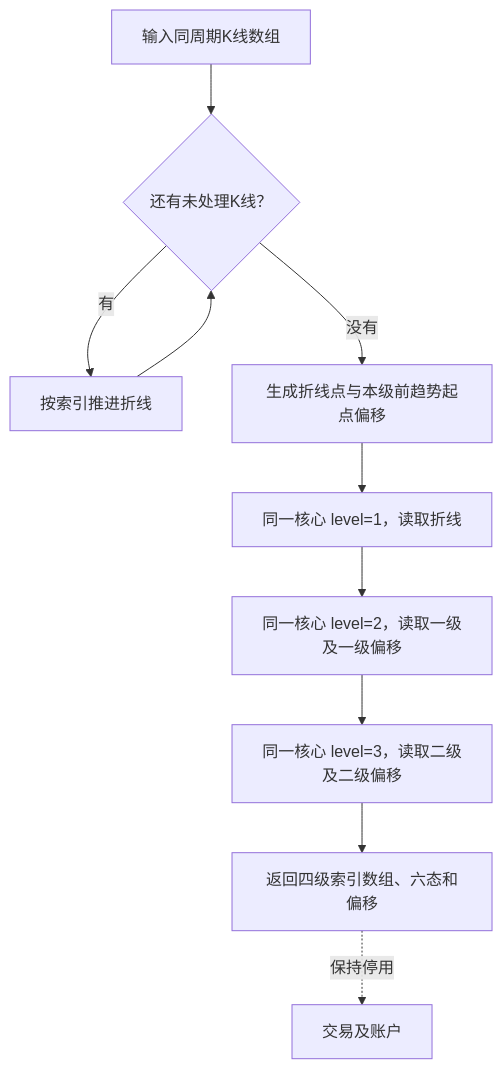
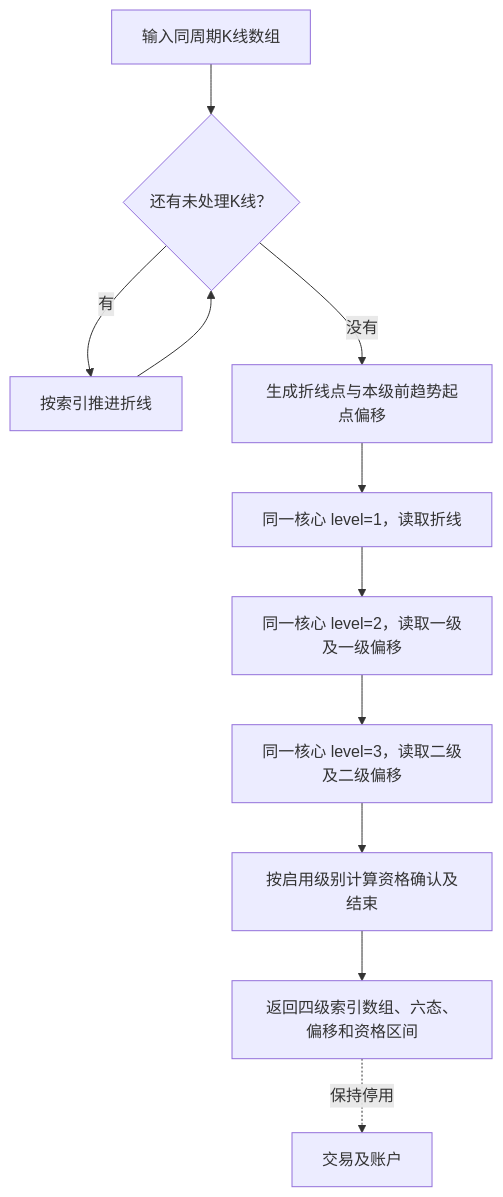
The first of 9 diagrams in docs/trend-analysis-flow.md (bobo553/wavequant-monorepo), drawn with Mermaid before and after one commit. The commit also changed other lines of this file and 26 other files, not shown here.

Commit message:
feat: 完善Rust资格确认与图表区间

````diff
--- a/docs/trend-analysis-flow.md
+++ b/docs/trend-analysis-flow.md
@@ -35,11 +35,12 @@
 ```mermaid
 flowchart TD
     A["输入同周期K线数组"] --> B{"还有未处理K线？"}
     B -->|有| C["按索引推进折线"] --> B
     B -->|没有| D["生成折线点与本级前趋势起点偏移"]
     D --> E["同一核心 level=1，读取折线"]
     E --> F["同一核心 level=2，读取一级及一级偏移"]
     F --> G["同一核心 level=3，读取二级及二级偏移"]
-    G --> H["返回四级索引数组、六态和偏移"]
+    G --> Q["按启用级别计算资格确认及结束"]
+    Q --> H["返回四级索引数组、六态、偏移和资格区间"]
     H -.->|保持停用| I["交易及账户"]
 ```
````
